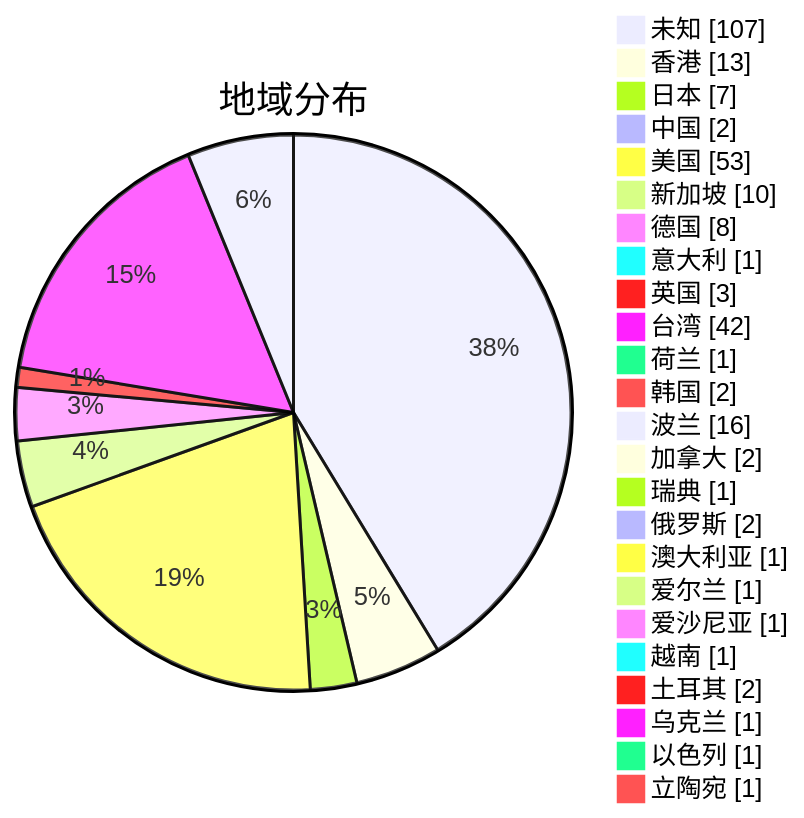
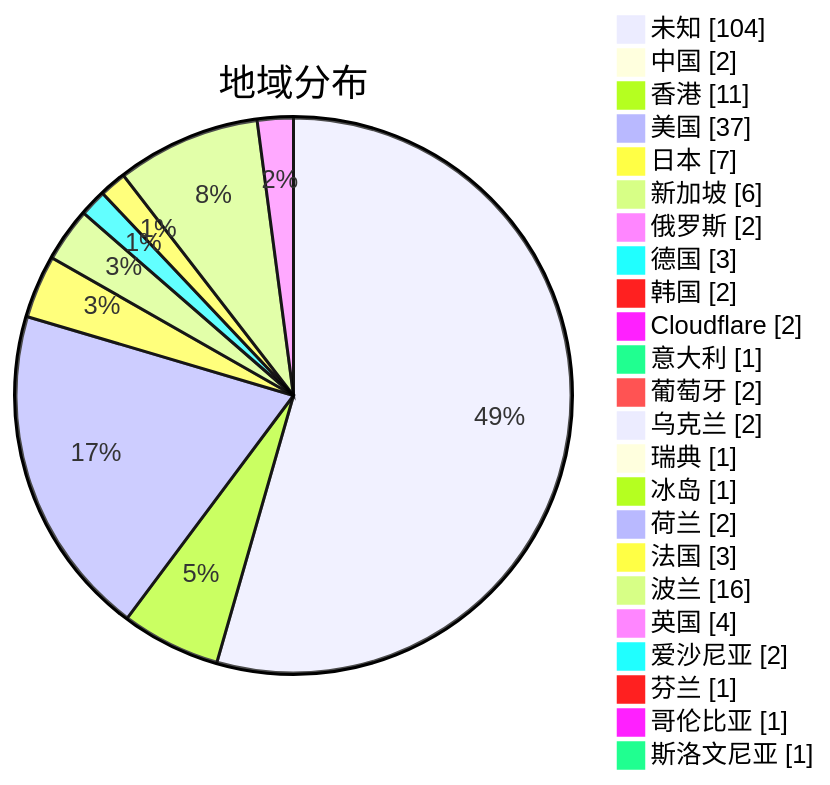
Before and after one commit to sinspired/airport: the second of 3 diagrams in subs/statistics/tested_within.md, drawn with Mermaid. The commit also changed other lines of this file and 2 other files, not shown here.

Commit message:
Committed by metaST

````diff
--- a/subs/statistics/tested_within.md
+++ b/subs/statistics/tested_within.md
@@ -14,28 +14,27 @@
 ```mermaid
 pie showData
 title 地域分布
-"未知" : 107
-"香港" : 13
+"未知" : 104
+"中国" : 2
+"香港" : 11
+"美国" : 37
 "日本" : 7
-"中国" : 2
-"美国" : 53
-"新加坡" : 10
-"德国" : 8
+"新加坡" : 6
+"俄罗斯" : 2
+"德国" : 3
+"韩国" : 2
+"Cloudflare" : 2
 "意大利" : 1
-"英国" : 3
-"台湾" : 42
-"荷兰" : 1
-"韩国" : 2
+"葡萄牙" : 2
+"乌克兰" : 2
+"瑞典" : 1
+"冰岛" : 1
+"荷兰" : 2
+"法国" : 3
 "波兰" : 16
-"加拿大" : 2
-"瑞典" : 1
-"俄罗斯" : 2
-"澳大利亚" : 1
-"爱尔兰" : 1
-"爱沙尼亚" : 1
-"越南" : 1
-"土耳其" : 2
-"乌克兰" : 1
-"以色列" : 1
-"立陶宛" : 1
+"英国" : 4
+"爱沙尼亚" : 2
+"芬兰" : 1
+"哥伦比亚" : 1
+"斯洛文尼亚" : 1
 ```
````
